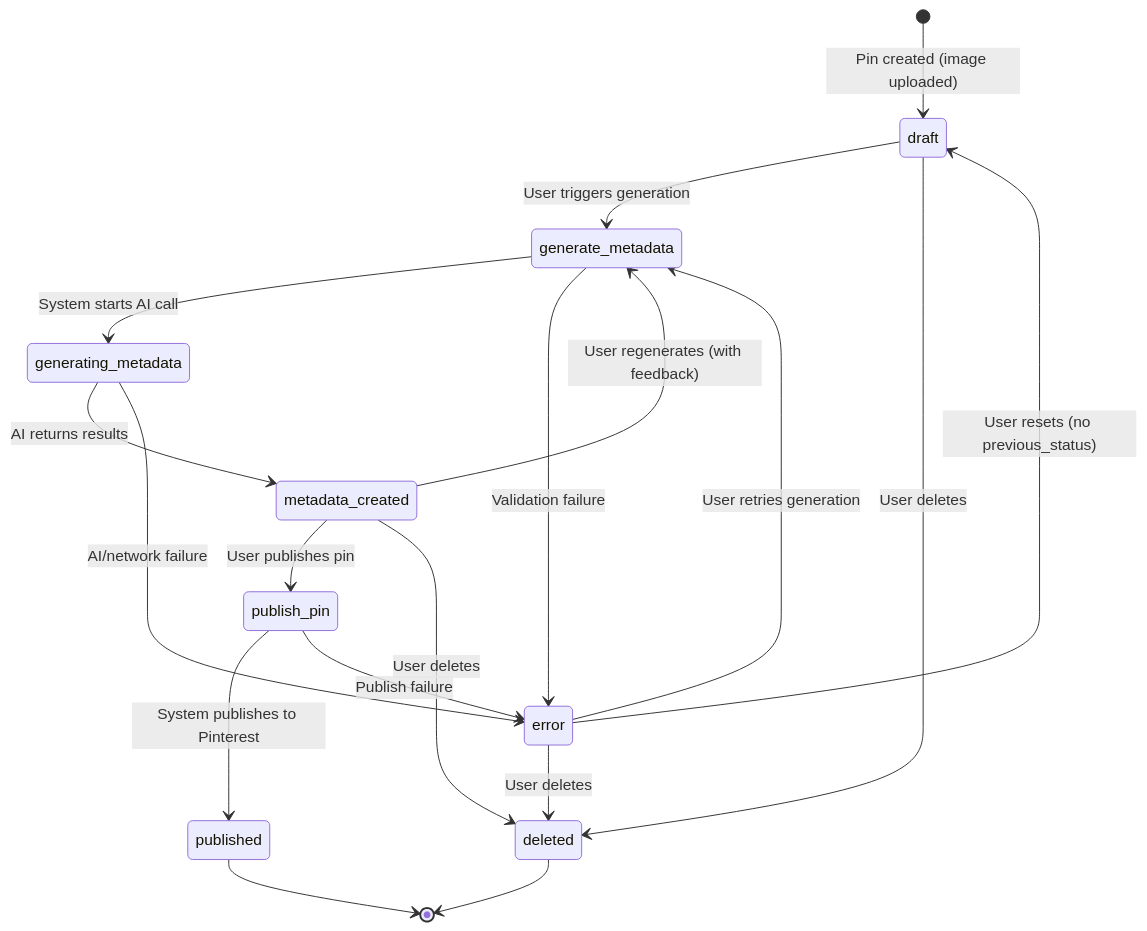
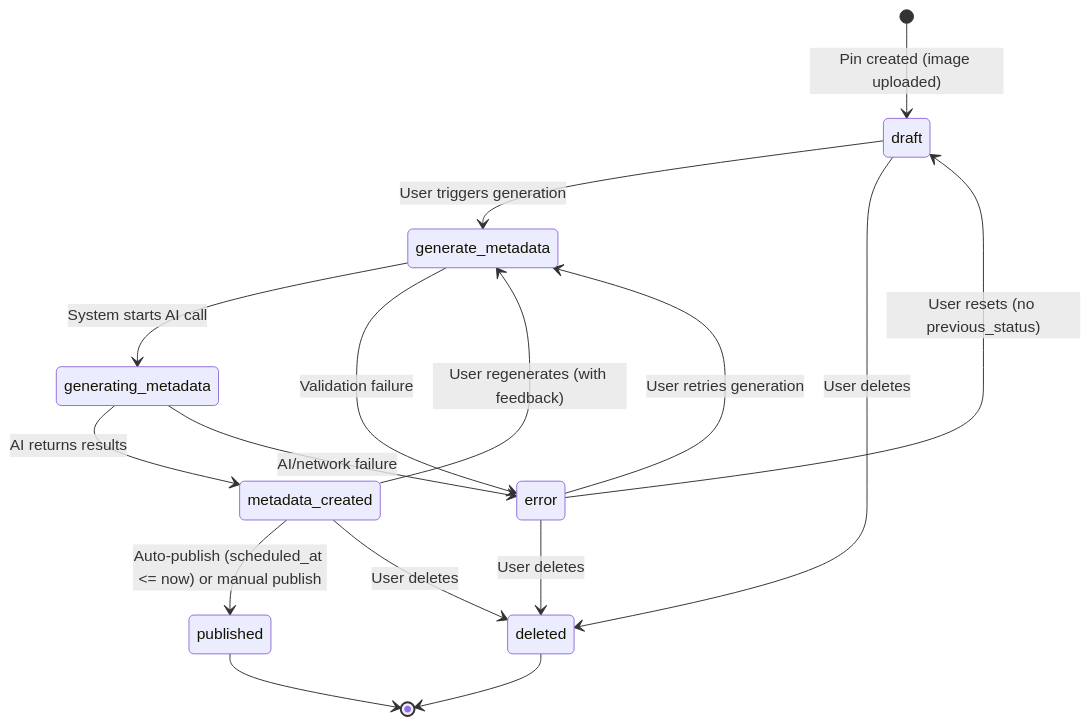
The diagram in .planning/pin-status-flow.md (theaussie86/petra-pinterest), drawn with Mermaid before and after one commit. The commit also changed other lines of this file and 10 other files, not shown here.

First line of the commit message:
feat: enable auto-publishing via pg_cron and remove publish_pin status

````diff
--- a/.planning/pin-status-flow.md
+++ b/.planning/pin-status-flow.md
@@ -5,28 +5,25 @@
 ```mermaid
 stateDiagram-v2
     [*] --> draft : Pin created (image uploaded)
 
     draft --> generate_metadata : User triggers generation
     draft --> deleted : User deletes
 
     generate_metadata --> generating_metadata : System starts AI call
     generate_metadata --> error : Validation failure
 
     generating_metadata --> metadata_created : AI returns results
     generating_metadata --> error : AI/network failure
 
     metadata_created --> generate_metadata : User regenerates (with feedback)
-    metadata_created --> publish_pin : User publishes pin
+    metadata_created --> published : Auto-publish (scheduled_at <= now) or manual publish
     metadata_created --> deleted : User deletes
-
-    publish_pin --> published : System publishes to Pinterest
-    publish_pin --> error : Publish failure
 
     published --> [*]
 
     error --> draft : User resets (no previous_status)
     error --> generate_metadata : User retries generation
     error --> deleted : User deletes
 
     deleted --> [*]
 ```
````
